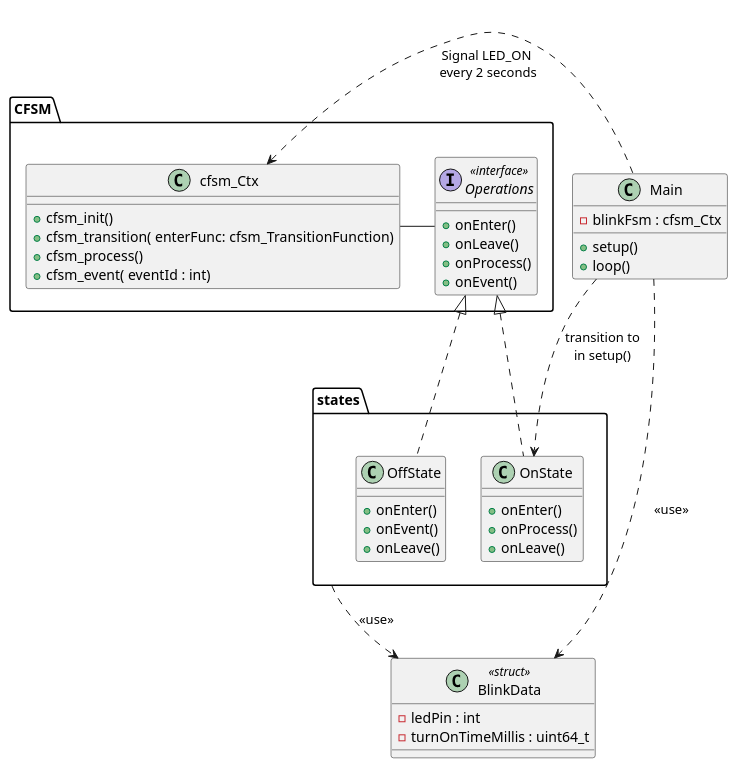
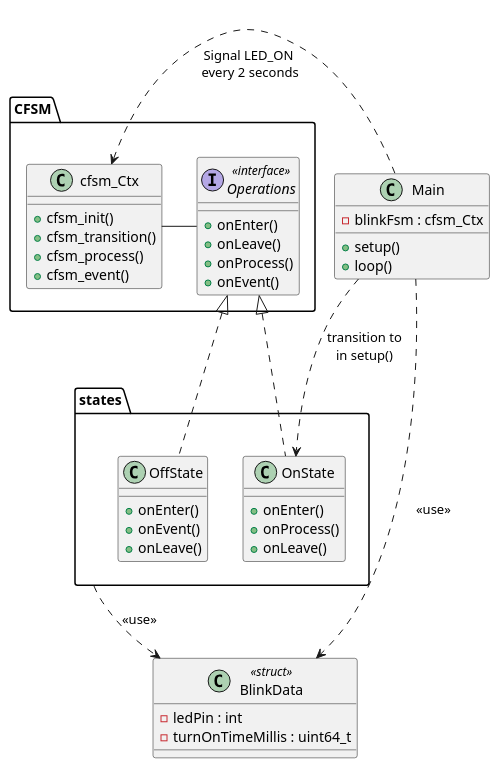
One commit to nhjschulz/cfsm changed the diagram in examples/UnoBlink/doc/BlinkClass.puml. Above: the diagram before and after it, drawn with PlantUML. The commit also changed 3 other files, not shown here.

```diff
--- a/examples/UnoBlink/doc/BlinkClass.puml
+++ b/examples/UnoBlink/doc/BlinkClass.puml
@@ -1,58 +1,58 @@
 @startuml State Pattern
 
 
 
     class Main {
         - blinkFsm : cfsm_Ctx
         +setup()
         +loop()
         
     }
 
 
     package states {
         class OnState {
             +onEnter()
             +onProcess()
             +onLeave()
         }
         class OffState {
             +onEnter()
             +onEvent()
             +onLeave()
         }
     }
 
 
        class BlinkData  <<struct>> {
             - ledPin : int
             - turnOnTimeMillis : uint64_t
         }
 
 
 package "CFSM" {
     class cfsm_Ctx  {
         +cfsm_init()
-        +cfsm_transition( enterFunc: cfsm_TransitionFunction)
+        +cfsm_transition()
         +cfsm_process()
-        +cfsm_event( eventId : int)
+        +cfsm_event()
     }
 
     interface Operations <<interface>> {
         +onEnter()
         +onLeave()
         +onProcess()
         +onEvent()
     }
 
 
 cfsm_Ctx -  Operations
 OnState .u-|> Operations
 OffState  .u-|> Operations
 
 Main .l.> cfsm_Ctx  : \n\nSignal LED_ON\n every 2 seconds
 Main .> OnState : transition to\nin setup()
 
 states .> BlinkData: <<use>>
 Main .d..> BlinkData: <<use>>
 @enduml
```
